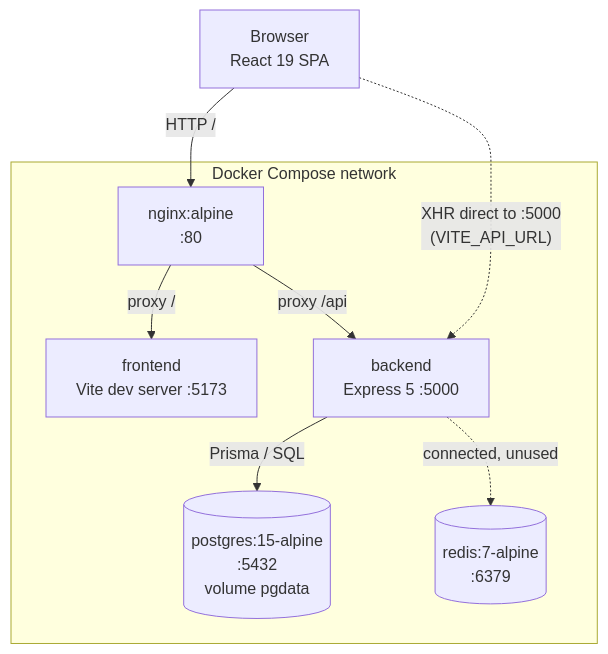
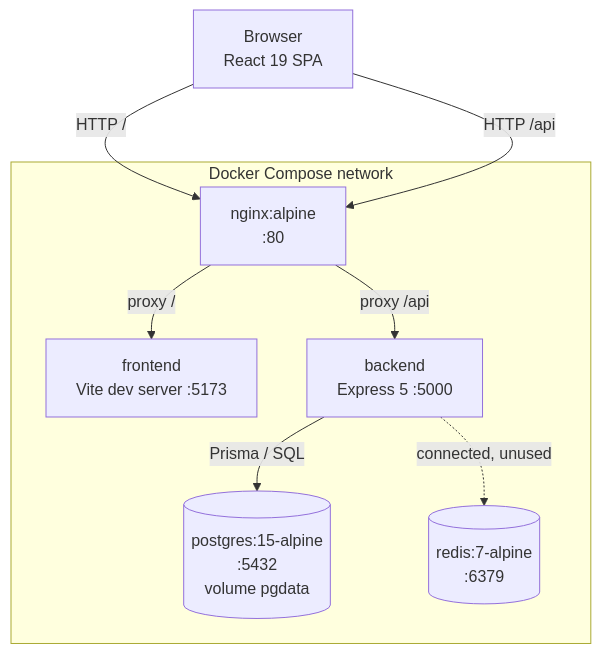
The second of 4 diagrams in docs/02-architecture.md (adarsh0707-kumar/medical-billing), drawn with Mermaid before and after one commit. The commit also changed other lines of this file and 10 other files, not shown here.

````diff
--- a/docs/02-architecture.md
+++ b/docs/02-architecture.md
@@ -47,19 +47,19 @@
 ```mermaid
 graph TB
     Browser["Browser<br/>React 19 SPA"]
 
     subgraph Docker["Docker Compose network"]
         Nginx["nginx:alpine<br/>:80"]
         FE["frontend<br/>Vite dev server :5173"]
         BE["backend<br/>Express 5 :5000"]
         PG[("postgres:15-alpine<br/>:5432<br/>volume pgdata")]
         RD[("redis:7-alpine<br/>:6379")]
     end
 
     Browser -->|"HTTP /"| Nginx
-    Browser -.->|"XHR direct to :5000<br/>(VITE_API_URL)"| BE
+    Browser -->|"HTTP /api"| Nginx
     Nginx -->|"proxy /"| FE
     Nginx -->|"proxy /api"| BE
     BE -->|"Prisma / SQL"| PG
     BE -.->|"connected, unused"| RD
 ```
````
